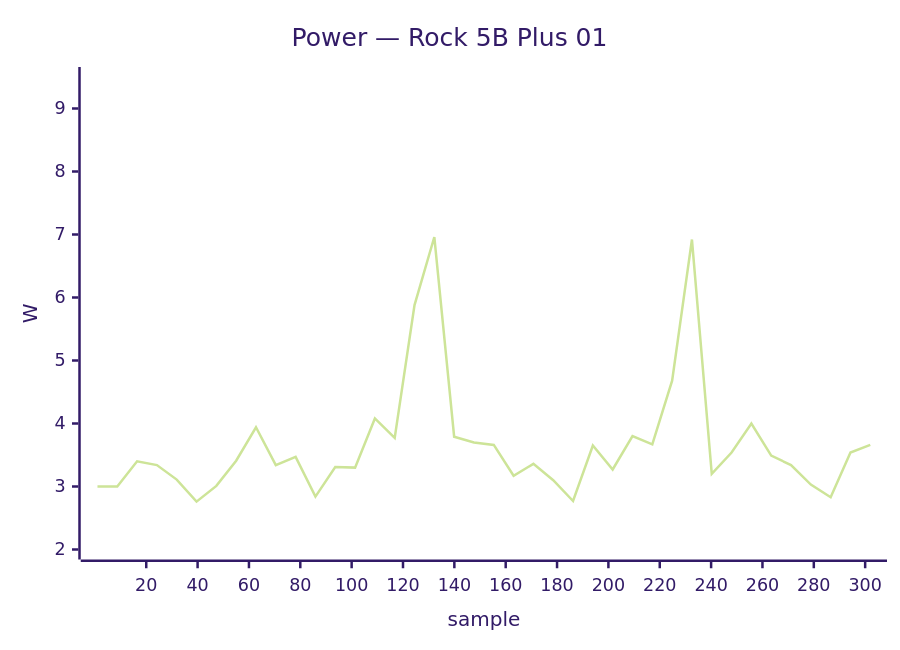
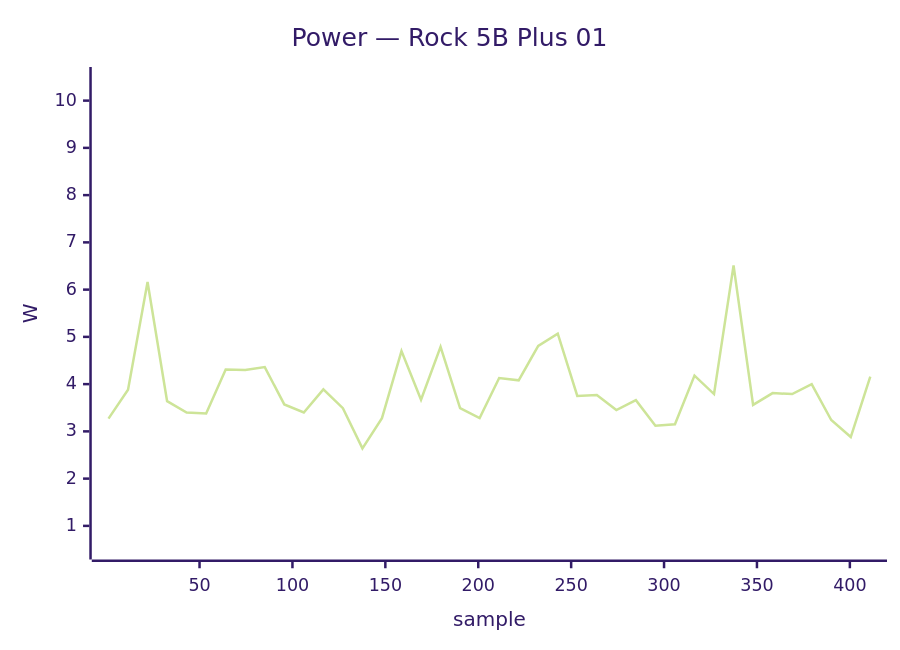
Before and after one commit to armbian/documentation: the diagram in docs/status/board-tests.md, drawn with Mermaid (forest theme). The commit also changed other lines of this file, not shown here.

````diff
--- a/docs/status/board-tests.md
+++ b/docs/status/board-tests.md
@@ -874,7 +874,7 @@
     ```mermaid
     xychart-beta
         title "Power — Rock 5B Plus 01"
-        x-axis "sample" 1 --> 302
-        y-axis "W" 2.0 --> 9.5
-        line [3.00, 3.00, 3.40, 3.34, 3.11, 2.76, 3.01, 3.41, 3.94, 3.34, 3.47, 2.84, 3.31, 3.30, 4.08, 3.77, 5.88, 6.96, 3.79, 3.70, 3.66, 3.17, 3.36, 3.10, 2.77, 3.65, 3.27, 3.80, 3.67, 4.68, 6.92, 3.20, 3.54, 4.00, 3.49, 3.34, 3.03, 2.83, 3.54, 3.66]
+        x-axis "sample" 1 --> 411
+        y-axis "W" 0.5 --> 10.5
+        line [3.27, 3.88, 6.16, 3.64, 3.40, 3.38, 4.31, 4.30, 4.36, 3.57, 3.40, 3.89, 3.49, 2.64, 3.28, 4.70, 3.67, 4.79, 3.49, 3.28, 4.13, 4.08, 4.81, 5.07, 3.75, 3.77, 3.45, 3.66, 3.12, 3.15, 4.18, 3.79, 6.51, 3.56, 3.81, 3.79, 4.00, 3.24, 2.88, 4.16]
     ```
````
